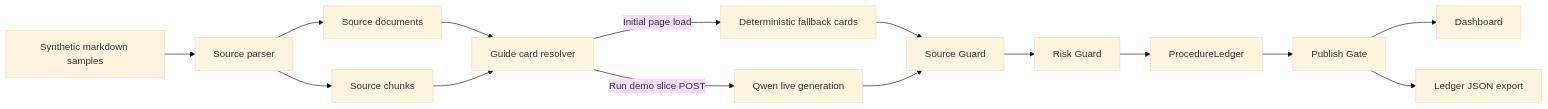
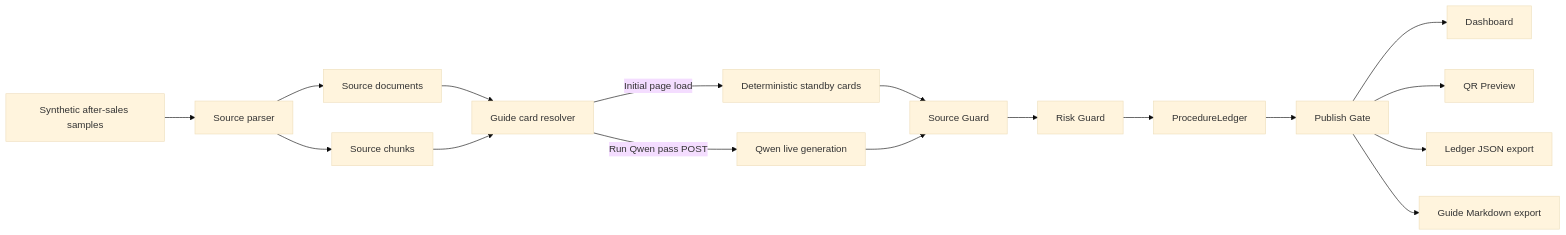
The diagram in README.md (sofus-deng/tracecue), drawn with Mermaid (base theme) before and after one commit. The commit also changed other lines of this file and 1 other file, not shown here.

Commit message:
docs: refresh README for equipment after-sales guide

````diff
--- a/README.md
+++ b/README.md
@@ -52,17 +61,19 @@
 ```mermaid
 flowchart LR
-  A[Synthetic markdown samples] --> B[Source parser]
+  A[Synthetic after-sales samples] --> B[Source parser]
   B --> C[Source documents]
   B --> D[Source chunks]
   C --> E[Guide card resolver]
   D --> E
-  E -->|Initial page load| F[Deterministic fallback cards]
-  E -->|Run demo slice POST| G[Qwen live generation]
+  E -->|Initial page load| F[Deterministic standby cards]
+  E -->|Run Qwen pass POST| G[Qwen live generation]
   F --> H[Source Guard]
   G --> H
   H --> I[Risk Guard]
   I --> J[ProcedureLedger]
   J --> K[Publish Gate]
   K --> L[Dashboard]
-  K --> M[Ledger JSON export]
+  K --> M[QR Preview]
+  K --> N[Ledger JSON export]
+  K --> O[Guide Markdown export]
 ```
````
